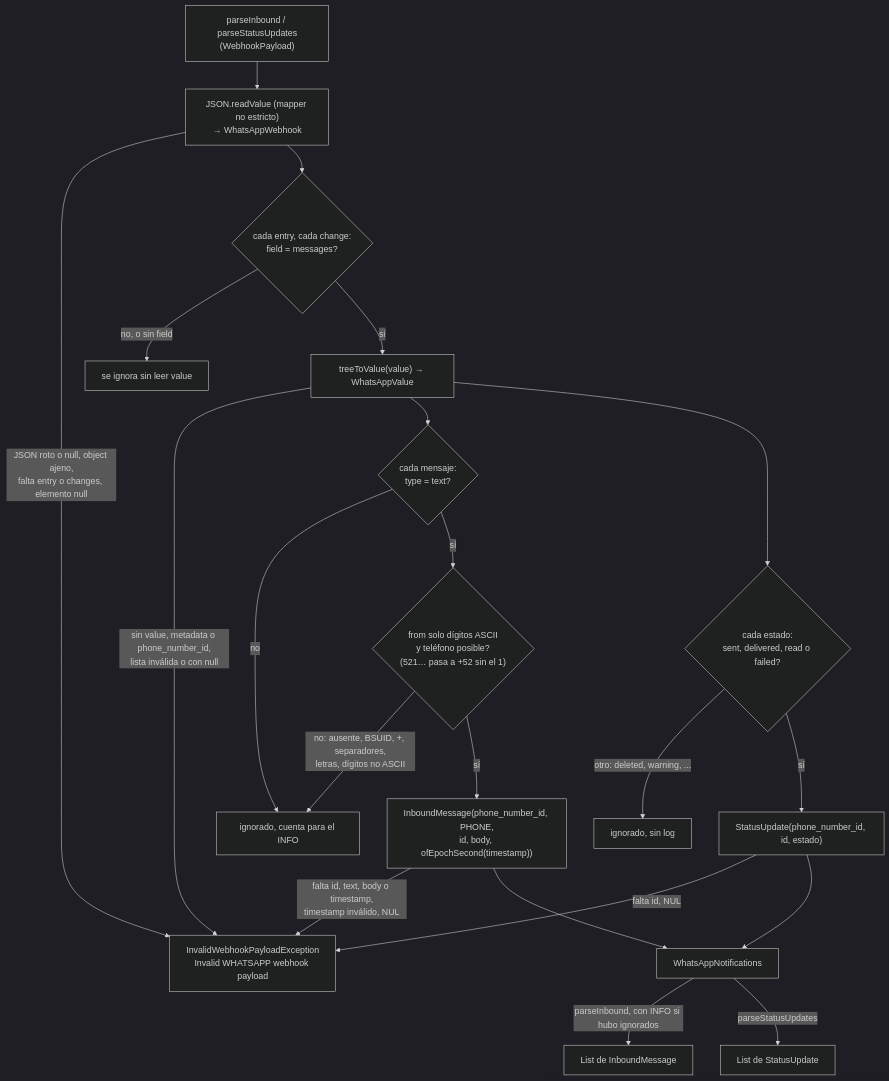
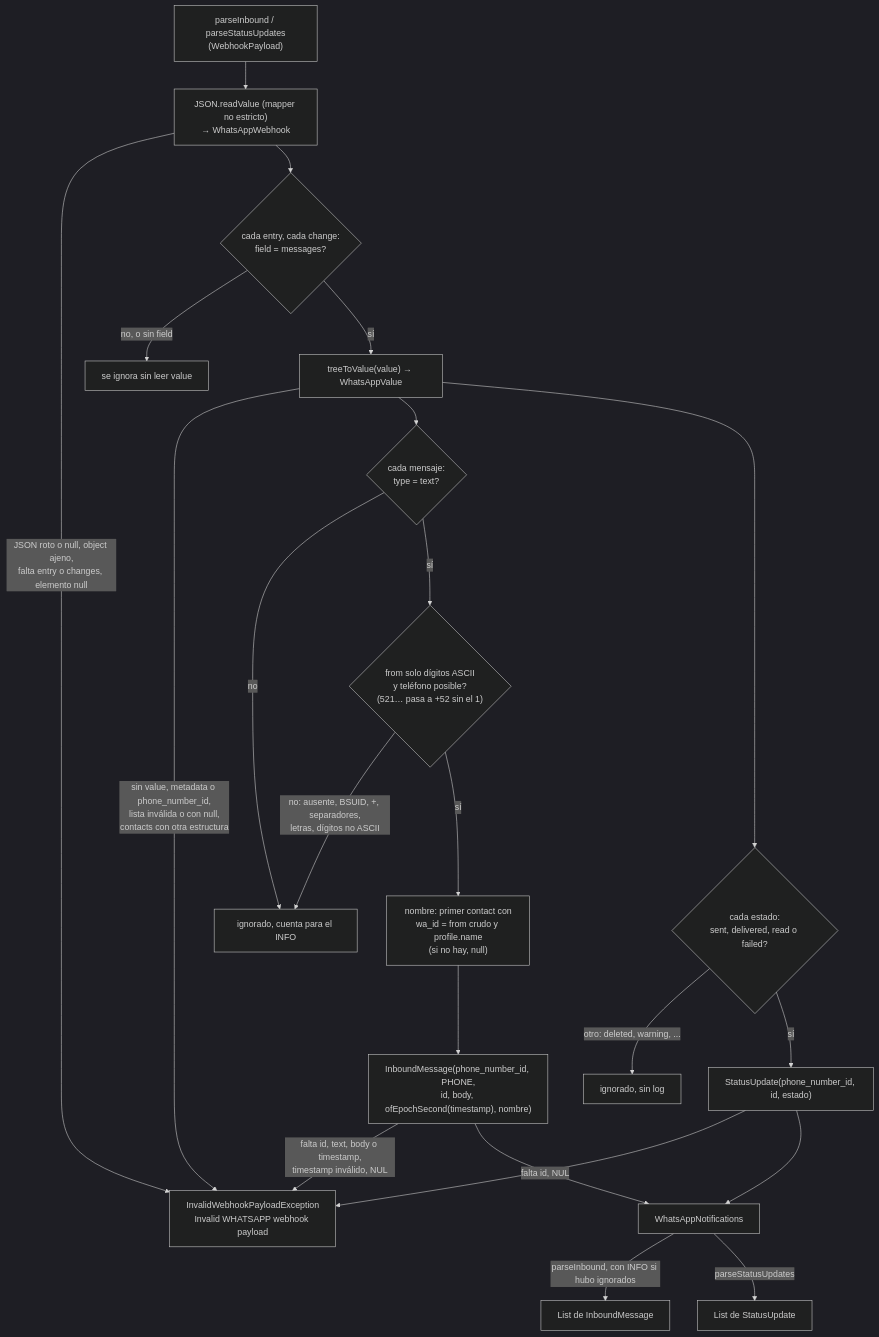
Before and after one commit to zapmaxvevo/communicator-one: the sixth of 7 diagrams in docs/canales.md, drawn with Mermaid (dark theme). The commit also changed other lines of this file and 19 other files, not shown here.

````diff
--- a/docs/canales.md
+++ b/docs/canales.md
@@ -707,26 +761,27 @@
 ```mermaid
 flowchart TD
     P["parseInbound / parseStatusUpdates<br/>(WebhookPayload)"]
     R["JSON.readValue (mapper no estricto)<br/>→ WhatsAppWebhook"]
     X[InvalidWebhookPayloadException<br/>Invalid WHATSAPP webhook payload]
     P --> R
     R -->|JSON roto o null, object ajeno,<br/>falta entry o changes, elemento null| X
     R --> C{"cada entry, cada change:<br/>field = messages?"}
     C -->|no, o sin field| I0[se ignora sin leer value]
     C -->|sí| V["treeToValue(value) → WhatsAppValue"]
-    V -->|sin value, metadata o phone_number_id,<br/>lista inválida o con null| X
+    V -->|sin value, metadata o phone_number_id,<br/>lista inválida o con null,<br/>contacts con otra estructura| X
     V --> M{"cada mensaje:<br/>type = text?"}
     M -->|no| IG[ignorado, cuenta para el INFO]
     M -->|sí| F{"from solo dígitos ASCII<br/>y teléfono posible?<br/>(521… pasa a +52 sin el 1)"}
     F -->|no: ausente, BSUID, +, separadores,<br/>letras, dígitos no ASCII| IG
-    F -->|sí| T["InboundMessage(phone_number_id, PHONE,<br/>id, body, ofEpochSecond(timestamp))"]
+    F -->|sí| NM["nombre: primer contact con<br/>wa_id = from crudo y profile.name<br/>(si no hay, null)"]
+    NM --> T["InboundMessage(phone_number_id, PHONE,<br/>id, body, ofEpochSecond(timestamp), nombre)"]
     T -->|falta id, text, body o timestamp,<br/>timestamp inválido, NUL| X
     V --> S{"cada estado:<br/>sent, delivered, read o failed?"}
     S -->|otro: deleted, warning, ...| IS[ignorado, sin log]
     S -->|sí| U["StatusUpdate(phone_number_id, id, estado)"]
     U -->|falta id, NUL| X
     T --> N[WhatsAppNotifications]
     U --> N
     N -->|parseInbound, con INFO si hubo ignorados| LI[List de InboundMessage]
     N -->|parseStatusUpdates| LS[List de StatusUpdate]
 ```
````
